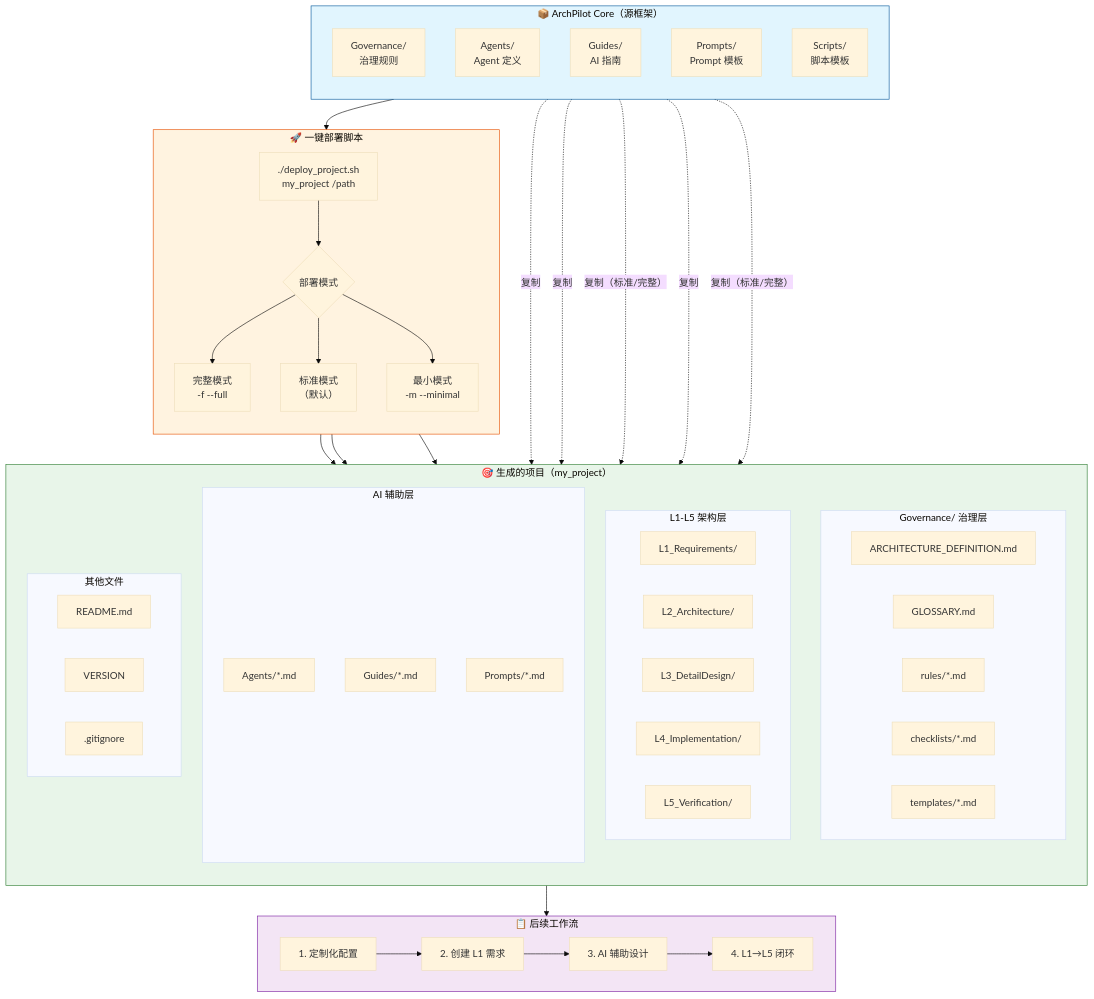
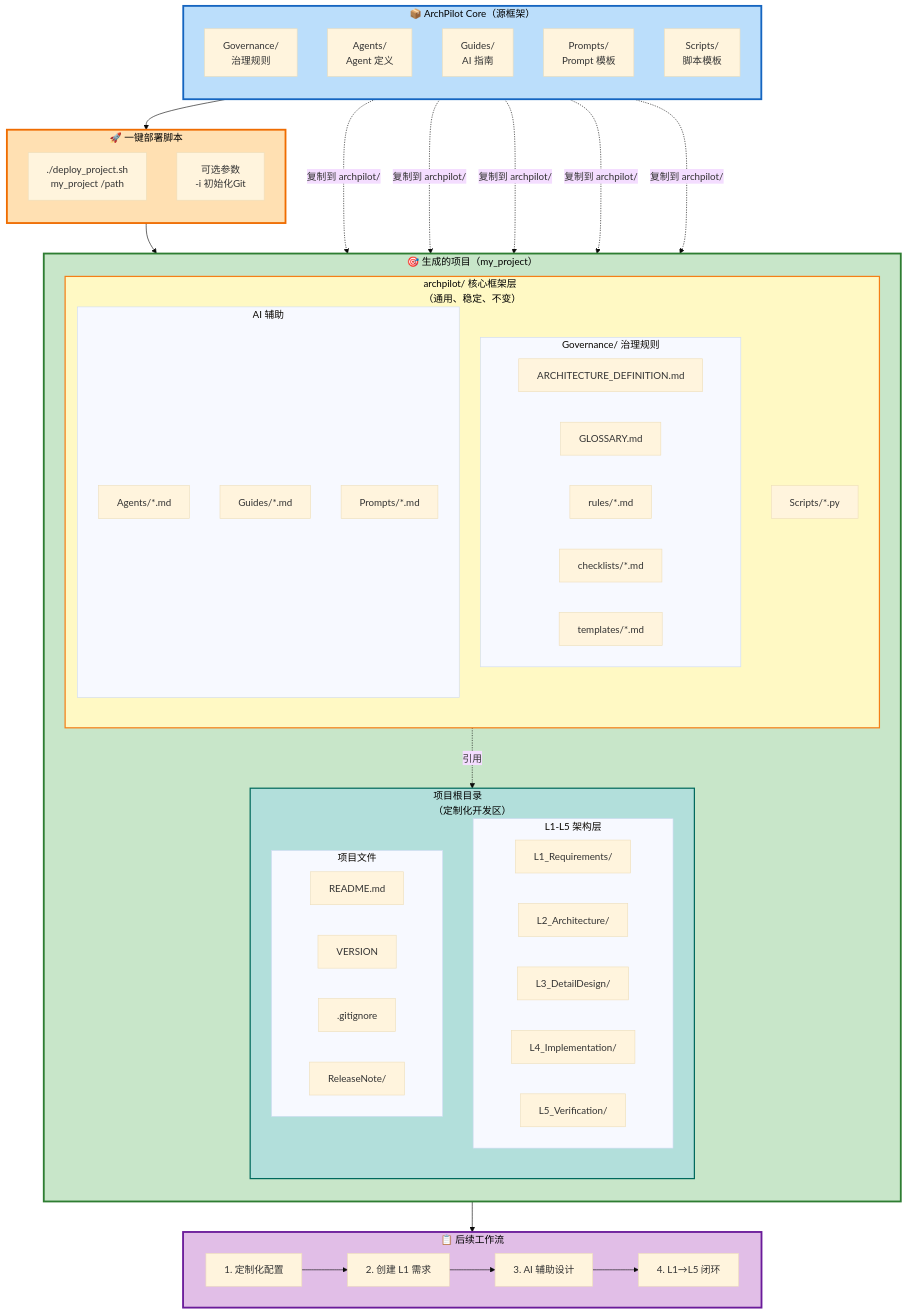
The diagram in Governance/DEPLOYMENT_FLOW.mmd (lukagithub/archpilot_core), drawn with Mermaid (base theme) before and after one commit. The commit also changed 1 other file, not shown here.

Commit message:
refactor: simplify to single full deployment mode - Remove standard/minimal deployment modes - Remove --no-prompts and --no-scripts options - Always deploy complete framework (Governance + Agents + Guides + Prompts + Scripts) - Simplify deploy_project.sh by removing mode logic - Update DEPLOYMENT_FLOW.mmd to show single deployment path - Update QUICK_START.md and Scripts/README.md - Update CHANGELOG_LAYERED_STRUCTURE.md Benefits: - Simpler user experience - No confusion about which mode to choose - All projects start with complete toolset - Easier to maintain single deployment path

```diff
--- a/Governance/DEPLOYMENT_FLOW.mmd
+++ b/Governance/DEPLOYMENT_FLOW.mmd
@@ -1,94 +1,101 @@
 %% ArchPilot Core - 项目部署流程图
 %% 展示从 Core 框架部署到具体项目的完整流程
 
 flowchart TB
     subgraph Core["📦 ArchPilot Core（源框架）"]
         direction TB
         C_GOV["Governance/<br/>治理规则"]
         C_AGENT["Agents/<br/>Agent 定义"]
         C_GUIDE["Guides/<br/>AI 指南"]
         C_PROMPT["Prompts/<br/>Prompt 模板"]
         C_SCRIPT["Scripts/<br/>脚本模板"]
     end
 
     subgraph Deploy["🚀 一键部署脚本"]
         direction TB
         D_CMD["./deploy_project.sh<br/>my_project /path"]
-        D_MODE{"部署模式"}
-        D_FULL["完整模式<br/>-f --full"]
-        D_STD["标准模式<br/>（默认）"]
-        D_MIN["最小模式<br/>-m --minimal"]
+        D_OPT["可选参数<br/>-i 初始化Git"]
     end
 
     subgraph Project["🎯 生成的项目（my_project）"]
         direction TB
 
-        subgraph P_GOV["Governance/ 治理层"]
-            P_ARCH["ARCHITECTURE_DEFINITION.md"]
-            P_GLOSS["GLOSSARY.md"]
-            P_RULES["rules/*.md"]
-            P_CHECK["checklists/*.md"]
-            P_TPL["templates/*.md"]
+        subgraph P_CORE["archpilot/ 核心框架层<br/>（通用、稳定、不变）"]
+            direction TB
+
+            subgraph P_GOV["Governance/ 治理规则"]
+                P_ARCH["ARCHITECTURE_DEFINITION.md"]
+                P_GLOSS["GLOSSARY.md"]
+                P_RULES["rules/*.md"]
+                P_CHECK["checklists/*.md"]
+                P_TPL["templates/*.md"]
+            end
+
+            subgraph P_AI["AI 辅助"]
+                P_AGENT["Agents/*.md"]
+                P_GUIDE["Guides/*.md"]
+                P_PROMPT["Prompts/*.md"]
+            end
+
+            P_SCRIPT["Scripts/*.py"]
         end
 
-        subgraph P_L1L5["L1-L5 架构层"]
-            P_L1["L1_Requirements/"]
-            P_L2["L2_Architecture/"]
-            P_L3["L3_DetailDesign/"]
-            P_L4["L4_Implementation/"]
-            P_L5["L5_Verification/"]
-        end
+        subgraph P_CUSTOM["项目根目录<br/>（定制化开发区）"]
+            direction TB
 
-        subgraph P_AI["AI 辅助层"]
-            P_AGENT["Agents/*.md"]
-            P_GUIDE["Guides/*.md"]
-            P_PROMPT["Prompts/*.md"]
-        end
+            subgraph P_L1L5["L1-L5 架构层"]
+                P_L1["L1_Requirements/"]
+                P_L2["L2_Architecture/"]
+                P_L3["L3_DetailDesign/"]
+                P_L4["L4_Implementation/"]
+                P_L5["L5_Verification/"]
+            end
 
-        subgraph P_OTHER["其他文件"]
-            P_README["README.md"]
-            P_VERSION["VERSION"]
-            P_GIT[".gitignore"]
+            subgraph P_OTHER["项目文件"]
+                P_README["README.md"]
+                P_VERSION["VERSION"]
+                P_GIT[".gitignore"]
+                P_RELEASE["ReleaseNote/"]
+            end
         end
     end
 
     subgraph Workflow["📋 后续工作流"]
         direction LR
         W1["1. 定制化配置"]
         W2["2. 创建 L1 需求"]
         W3["3. AI 辅助设计"]
         W4["4. L1→L5 闭环"]
     end
 
     %% 部署流程连接
     Core --> Deploy
-    D_CMD --> D_MODE
-    D_MODE --> D_FULL
-    D_MODE --> D_STD
-    D_MODE --> D_MIN
+    Deploy --> Project
 
-    D_FULL --> Project
-    D_STD --> Project
-    D_MIN --> Project
+    %% Core 到 Project 的映射（完整部署）
+    C_GOV -.->|复制到 archpilot/| P_GOV
+    C_AGENT -.->|复制到 archpilot/| P_AGENT
+    C_GUIDE -.->|复制到 archpilot/| P_GUIDE
+    C_PROMPT -.->|复制到 archpilot/| P_PROMPT
+    C_SCRIPT -.->|复制到 archpilot/| P_SCRIPT
 
-    %% Core 到 Project 的映射
-    C_GOV -.->|复制| P_GOV
-    C_AGENT -.->|复制| P_AGENT
-    C_GUIDE -.->|复制| P_GUIDE
-    C_PROMPT -.->|复制（标准/完整）| P_PROMPT
-    C_SCRIPT -.->|复制（标准/完整）| P_OTHER
+    P_CORE -.->|引用| P_CUSTOM
 
     %% Project 到 Workflow
     Project --> Workflow
     W1 --> W2 --> W3 --> W4
 
-    %% 样式
-    classDef coreStyle fill:#e1f5fe,stroke:#01579b
-    classDef deployStyle fill:#fff3e0,stroke:#e65100
-    classDef projectStyle fill:#e8f5e9,stroke:#2e7d32
-    classDef workflowStyle fill:#f3e5f5,stroke:#7b1fa2
+    %% 样式定义（优化配色）
+    classDef coreStyle fill:#bbdefb,stroke:#1565c0,stroke-width:3px,color:#000
+    classDef deployStyle fill:#ffe0b2,stroke:#ef6c00,stroke-width:3px,color:#000
+    classDef projectStyle fill:#c8e6c9,stroke:#2e7d32,stroke-width:3px,color:#000
+    classDef workflowStyle fill:#e1bee7,stroke:#6a1b9a,stroke-width:3px,color:#000
+    classDef archpilotStyle fill:#fff9c4,stroke:#f57f17,stroke-width:2px,color:#000
+    classDef customStyle fill:#b2dfdb,stroke:#00695c,stroke-width:2px,color:#000
 
     class Core coreStyle
     class Deploy deployStyle
     class Project projectStyle
     class Workflow workflowStyle
+    class P_CORE archpilotStyle
+    class P_CUSTOM customStyle
```
